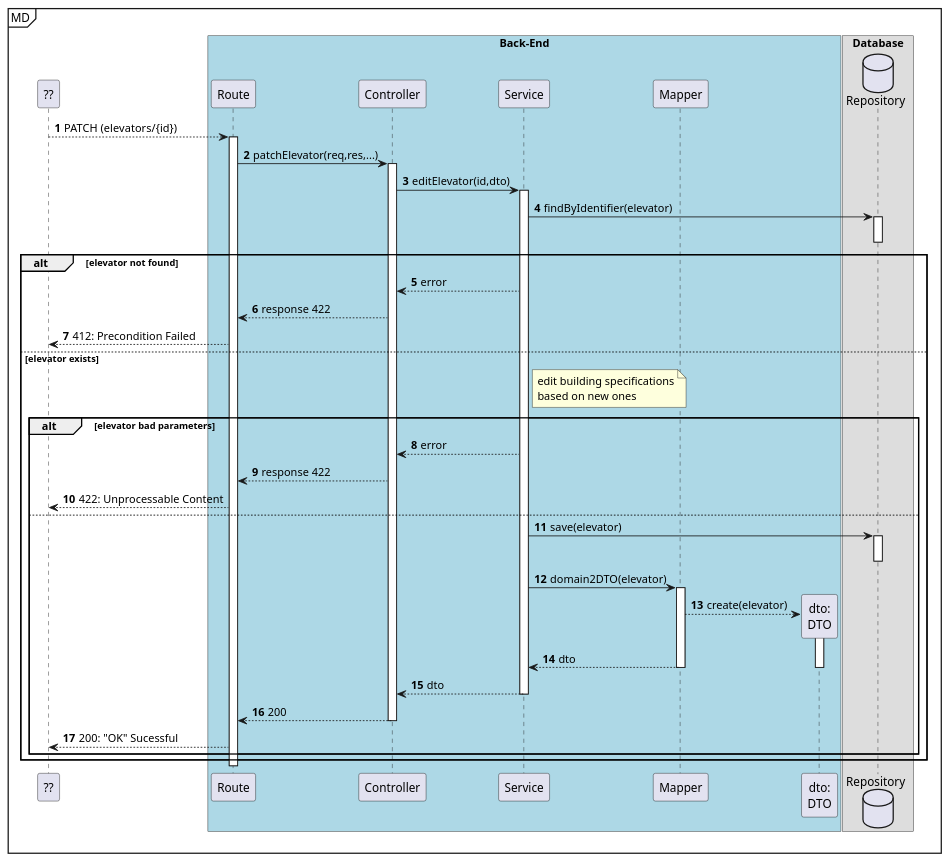
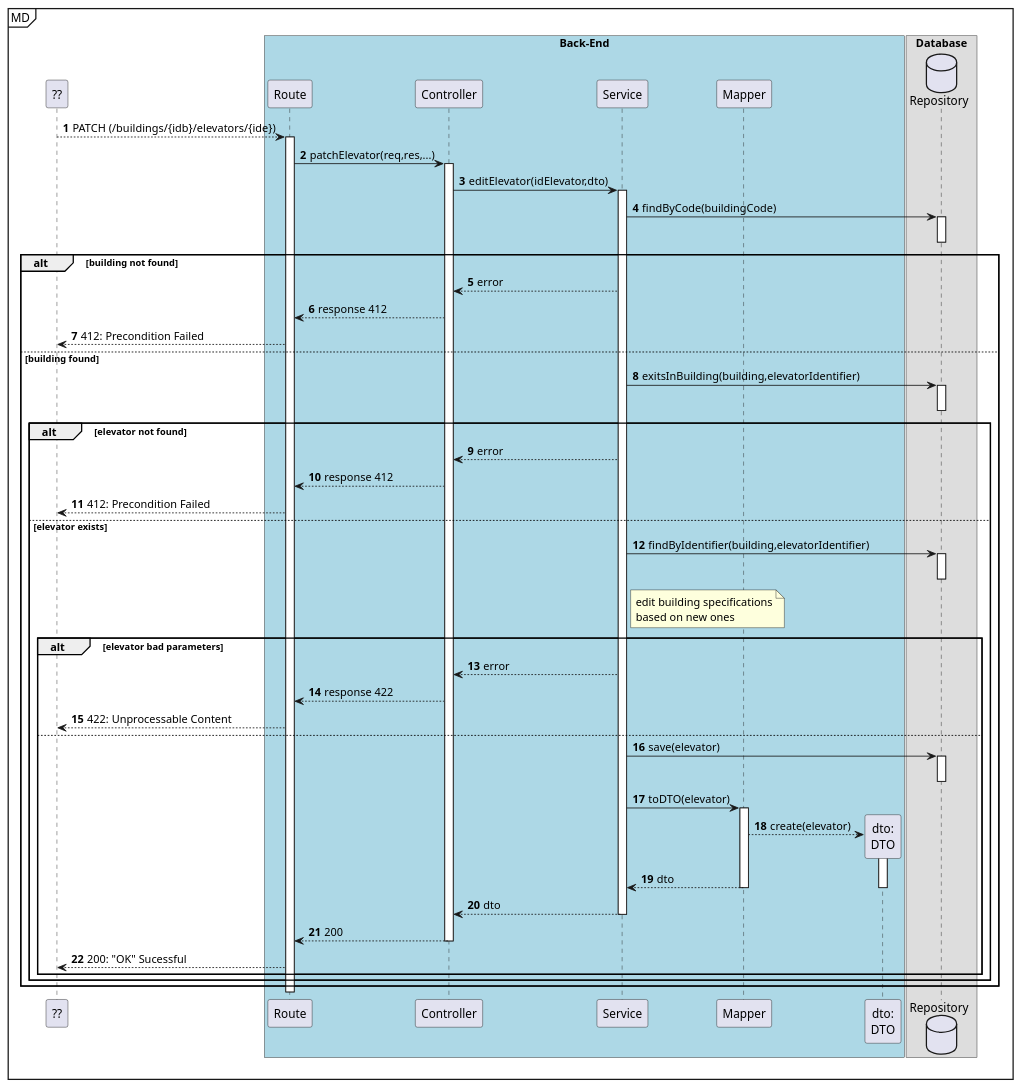
One commit to Departamento-de-Engenharia-Informatica/lapr5-23-24-g19 changed the diagram in docs/us280/level3/process-view-patch.puml. Above: the diagram before and after it, drawn with PlantUML. The commit also changed 36 other files, not shown here.

```diff
--- a/docs/us280/level3/process-view-patch.puml
+++ b/docs/us280/level3/process-view-patch.puml
@@ -1,80 +1,98 @@
 @startuml
 autonumber
 
 participant "??" as ui
 
 mainframe MD
 box "Back-End" #LightBlue
 participant "Route" as r
 participant "Controller" as ctrl
 participant "Service" as svc
 
 
 participant "Mapper" as map
 participant "dto:\nDTO" as dto
 end box
 
 box "Database"
 database "Repository" as repo
 'participant "elevator:\nElevator" as e
 end box
 
-ui --> r: PATCH (elevators/{id})
+ui --> r: PATCH (/buildings/{idb}/elevators/{ide})
     activate r
             r -> ctrl : patchElevator(req,res,...)
                 activate ctrl
-                    ctrl -> svc : editElevator(id,dto)
+                    ctrl -> svc : editElevator(idElevator,dto)
                     activate svc
-                        svc -> repo : findByIdentifier(elevator)
+                        svc -> repo : findByCode(buildingCode)
                         activate repo
                             'repo --> e **: create()
                         deactivate repo
 
-                        alt elevator not found
+                        alt building not found
                             svc --> ctrl : error
-                            ctrl --> r : response 422
+                            ctrl --> r : response 412
                             ui <--r : 412: Precondition Failed
-                        else elevator exists
-
-                            note right of svc
-                                edit building specifications
-                                based on new ones
-                            end note
 
 
-                        alt elevator bad parameters
-                            svc --> ctrl : error
-                            ctrl --> r : response 422
-                            ui <--r : 422: Unprocessable Content
-                        else
-                           svc -> repo : save(elevator)
-                           activate repo
-                           deactivate repo
+
+                        else building found
+
+                            svc -> repo : exitsInBuilding(building,elevatorIdentifier)
+                            activate repo
+                            deactivate repo
+
+                            alt elevator not found
+                                svc --> ctrl : error
+                                ctrl --> r : response 412
+                                ui <--r : 412: Precondition Failed
+                            else elevator exists
+
+                                svc -> repo: findByIdentifier(building,elevatorIdentifier)
+                                activate repo
+                                deactivate repo
+
+                                note right of svc
+                                    edit building specifications
+                                    based on new ones
+                                end note
+
+
+                            alt elevator bad parameters
+                                svc --> ctrl : error
+                                ctrl --> r : response 422
+                                ui <--r : 422: Unprocessable Content
+                            else
+                               svc -> repo : save(elevator)
+                               activate repo
+                               deactivate repo
 
 
 
 
-                        svc -> map : domain2DTO(elevator)
-                        activate map
-                            map --> dto **: create(elevator)
-                            activate dto
+                            svc -> map : toDTO(elevator)
+                            activate map
+                                map --> dto **: create(elevator)
+                                activate dto
 
-                            map --> svc : dto
-                            deactivate dto
-                        deactivate map
+                                map --> svc : dto
+                                deactivate dto
+                            deactivate map
 
-                        svc --> ctrl : dto
-                    deactivate svc
+                            svc --> ctrl : dto
+                        deactivate svc
 
-                    ctrl --> r : 200
-                deactivate ctrl
+                        ctrl --> r : 200
+                    deactivate ctrl
 
 
 
 
-        ui <--r: 200: "OK" Sucessful
-        end
-     end
+            ui <--r: 200: "OK" Sucessful
+                end
+            end
+         end
     deactivate r
 
 @enduml
```
